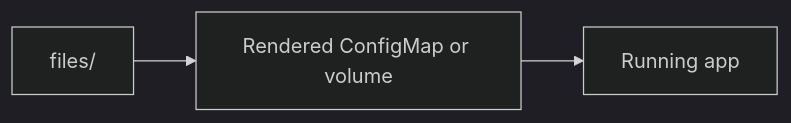
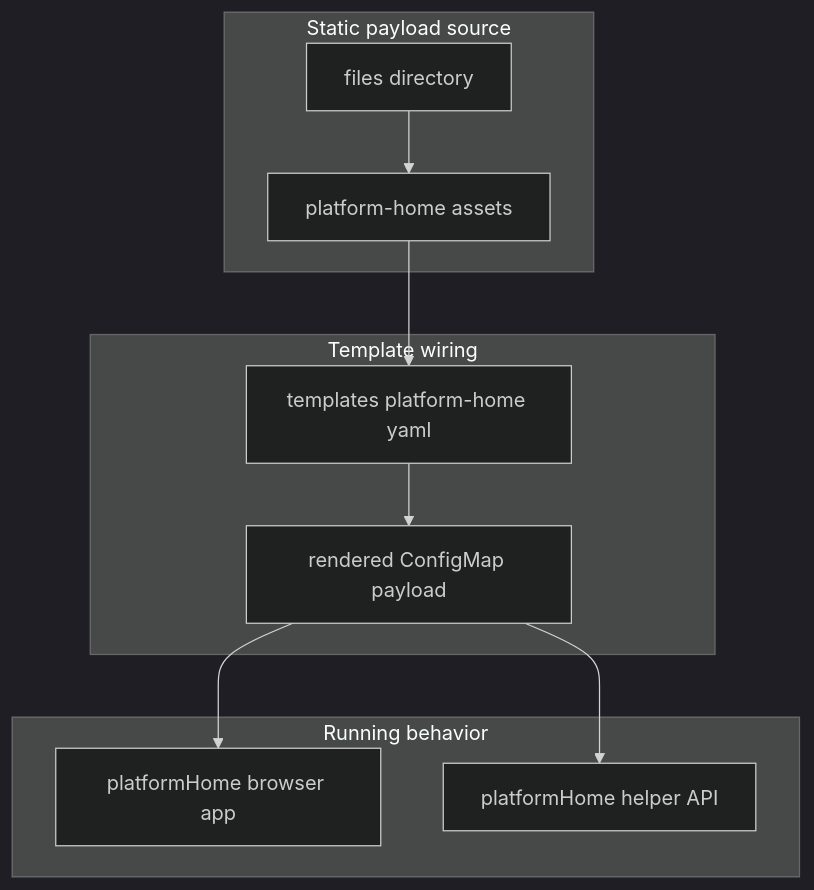
One commit to sanger-pathogens/dlh-in-a-box-umbrella-helm-chart changed the diagram in charts/dlh-in-a-box/files/README.md. Above: the diagram before and after it, drawn with Mermaid (dark theme). The commit also changed other lines of this file and 34 other files, not shown here.

Commit message:
docs: expand repo guides and add umbrella chart manual

````diff
--- a/charts/dlh-in-a-box/files/README.md
+++ b/charts/dlh-in-a-box/files/README.md
@@ -6,5 +17,23 @@
 ```mermaid
-flowchart LR
-  Files[files/] --> ConfigMap[Rendered ConfigMap or volume]
-  ConfigMap --> App[Running app]
+flowchart TD
+  subgraph Source["Static payload source"]
+    Files[files directory]
+    PlatformHome[platform-home assets]
+  end
+
+  subgraph Render["Template wiring"]
+    Template[templates platform-home yaml]
+    ConfigMap[rendered ConfigMap payload]
+  end
+
+  subgraph Runtime["Running behavior"]
+    Browser[platformHome browser app]
+    Api[platformHome helper API]
+  end
+
+  Files --> PlatformHome
+  PlatformHome --> Template
+  Template --> ConfigMap
+  ConfigMap --> Browser
+  ConfigMap --> Api
 ```
````
